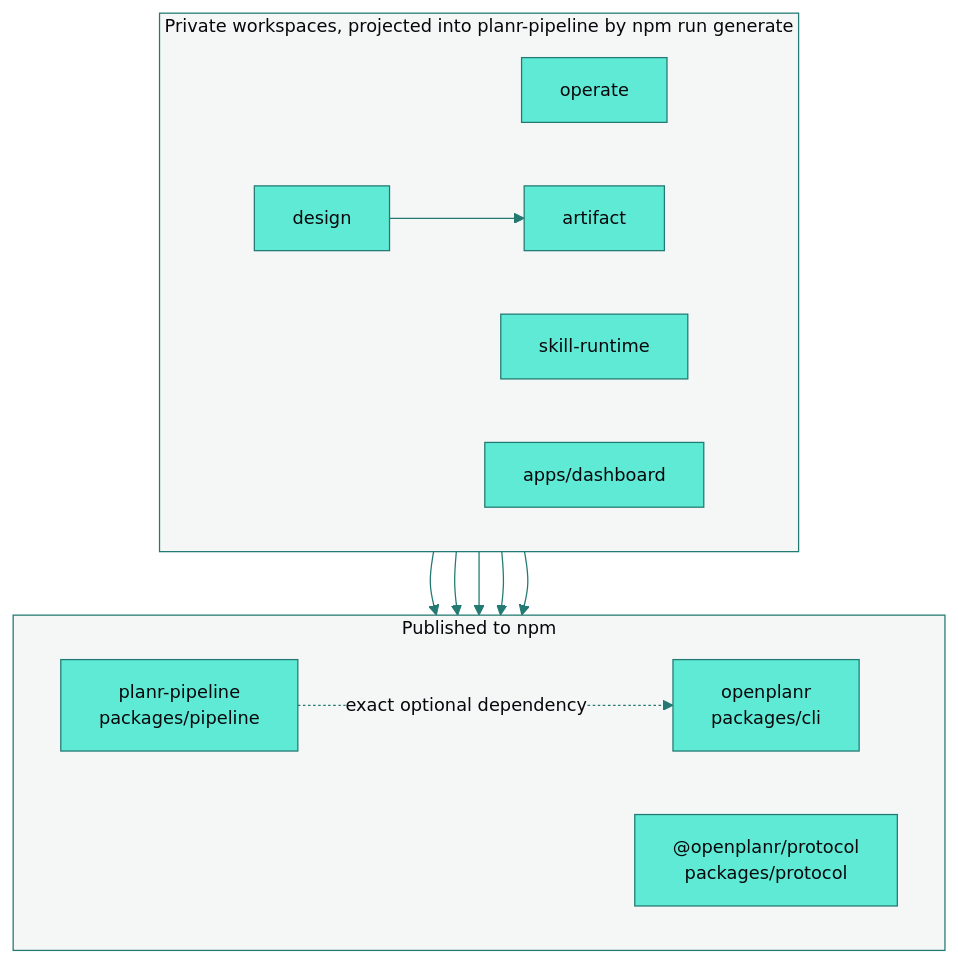
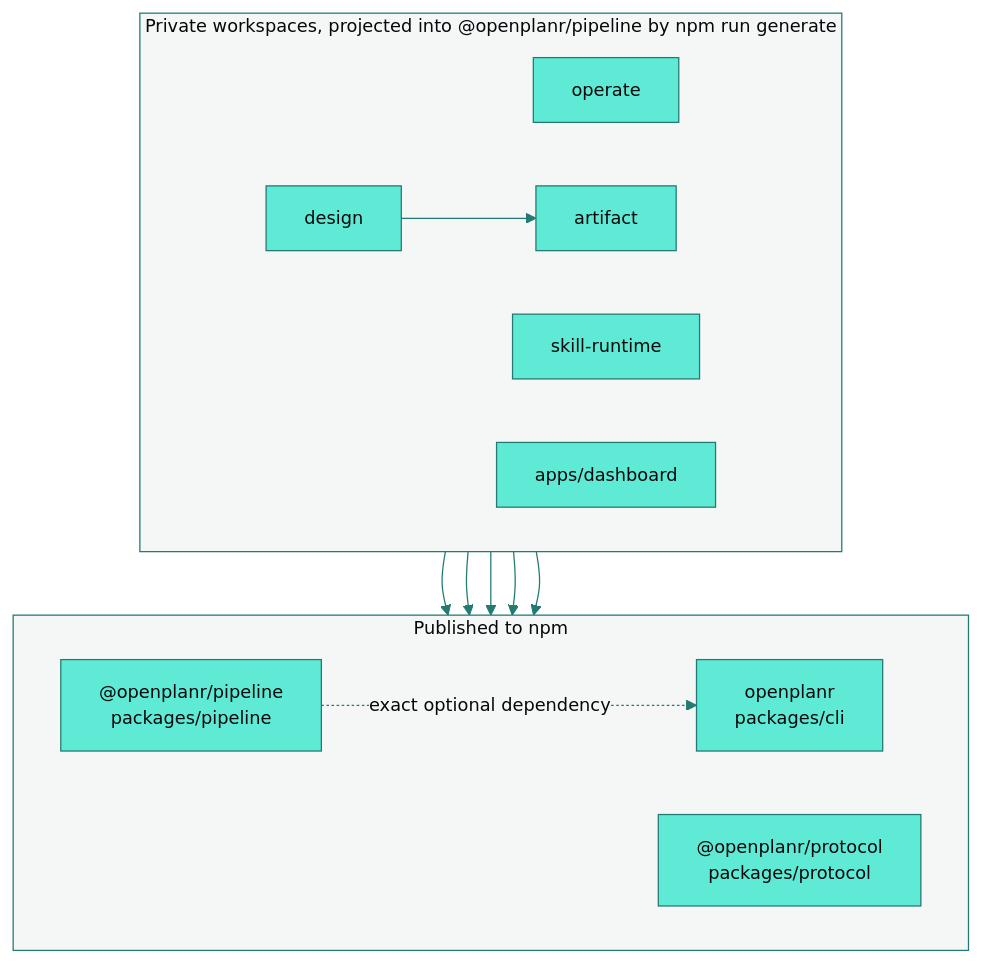
Before and after one commit to openplanr/OpenPlanr: the diagram in docs/architecture/README.md, drawn with Mermaid. The commit also changed 289 other files, not shown here.

First line of the commit message:
refactor(pipeline)!: publish the pipeline as @openplanr/pipeline

````diff
--- a/docs/architecture/README.md
+++ b/docs/architecture/README.md
@@ -9,25 +9,25 @@
 ```mermaid
 %%{init: {"theme":"base","themeVariables":{"fontFamily":"DM Sans, ui-sans-serif, system-ui, sans-serif","fontSize":"14px","primaryColor":"#5EEAD4","primaryTextColor":"#08080C","primaryBorderColor":"#237A72","secondaryColor":"#F5F7F7","secondaryTextColor":"#08080C","secondaryBorderColor":"#237A72","tertiaryColor":"#F5F7F7","tertiaryTextColor":"#08080C","tertiaryBorderColor":"#237A72","lineColor":"#237A72","textColor":"#08080C","edgeLabelBackground":"#F5F7F7","clusterBkg":"#F5F7F7","clusterBorder":"#237A72","noteBkgColor":"#F5F7F7","noteTextColor":"#08080C","noteBorderColor":"#237A72"}}}%%
 flowchart TB
     subgraph public["Published to npm"]
         direction LR
         cli["openplanr<br/>packages/cli"]
-        pipeline["planr-pipeline<br/>packages/pipeline"]
+        pipeline["@openplanr/pipeline<br/>packages/pipeline"]
         protocol["@openplanr/protocol<br/>packages/protocol"]
     end
-    subgraph internal["Private workspaces, projected into planr-pipeline by npm run generate"]
+    subgraph internal["Private workspaces, projected into @openplanr/pipeline by npm run generate"]
         direction LR
         operate["operate"]
         artifact["artifact"]
         design["design"]
         runtime["skill-runtime"]
         dashboard["apps/dashboard"]
     end
     operate --> protocol
     artifact --> protocol
     design --> artifact
     design --> protocol
     runtime --> protocol
     dashboard --> protocol
     pipeline -. exact optional dependency .-> cli
 ```
````
